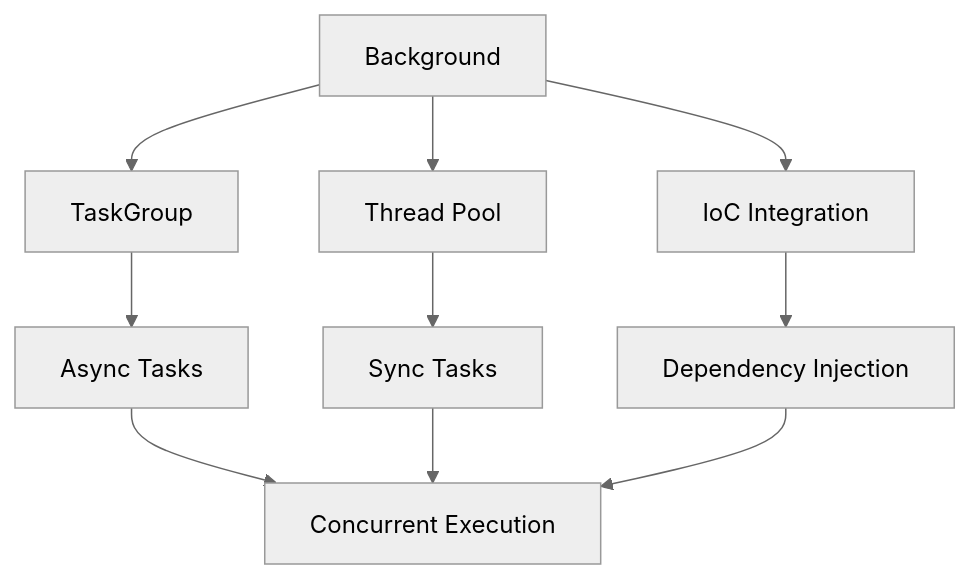
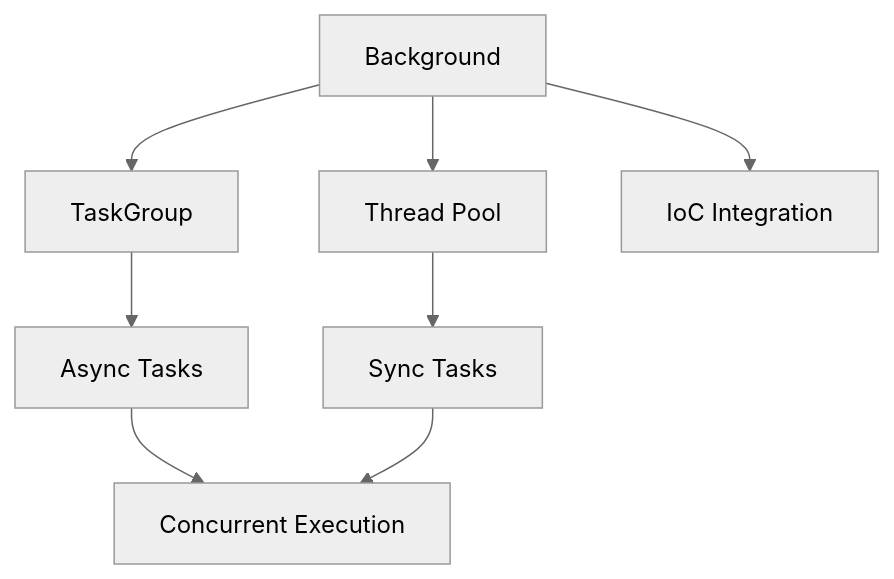
One commit to henryjaimesR5/R5 changed the diagram in docs/guides/background/overview.md. Above: the diagram before and after it, drawn with Mermaid (neutral theme). The commit also changed other lines of this file and 34 other files, not shown here.

````diff
--- a/docs/guides/background/overview.md
+++ b/docs/guides/background/overview.md
@@ -17,14 +15,11 @@
 ```mermaid
 graph TB
     A[Background] --> B[TaskGroup]
     A --> C[Thread Pool]
     A --> D[IoC Integration]
-    
+
     B --> E[Async Tasks]
     C --> F[Sync Tasks]
-    D --> G[Dependency Injection]
-    
-    E --> H[Concurrent Execution]
-    F --> H
-    G --> H
+    E --> G[Concurrent Execution]
+    F --> G
 ```
````
